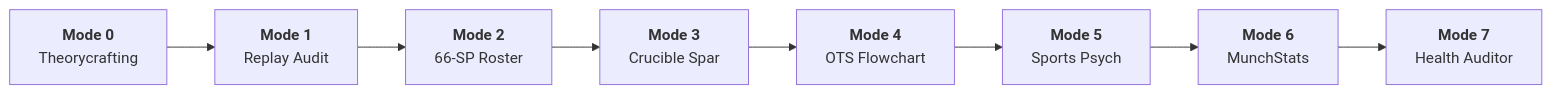
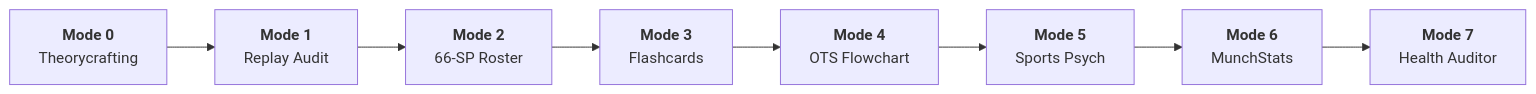
One commit to esquedev/coach-porygon-vgc changed the diagram in README.md. Above: the diagram before and after it, drawn with Mermaid. The commit also changed other lines of this file and 1735 other files, not shown here.

````diff
--- a/README.md
+++ b/README.md
@@ -130,10 +130,10 @@
 ```mermaid
 graph LR
     M0["<b>Mode 0</b><br/>Theorycrafting"] --> M1["<b>Mode 1</b><br/>Replay Audit"]
     M1 --> M2["<b>Mode 2</b><br/>66-SP Roster"]
-    M2 --> M3["<b>Mode 3</b><br/>Crucible Spar"]
+    M2 --> M3["<b>Mode 3</b><br/>Flashcards"]
     M3 --> M4["<b>Mode 4</b><br/>OTS Flowchart"]
     M4 --> M5["<b>Mode 5</b><br/>Sports Psych"]
     M5 --> M6["<b>Mode 6</b><br/>MunchStats"]
     M6 --> M7["<b>Mode 7</b><br/>Health Auditor"]
 ```
````
